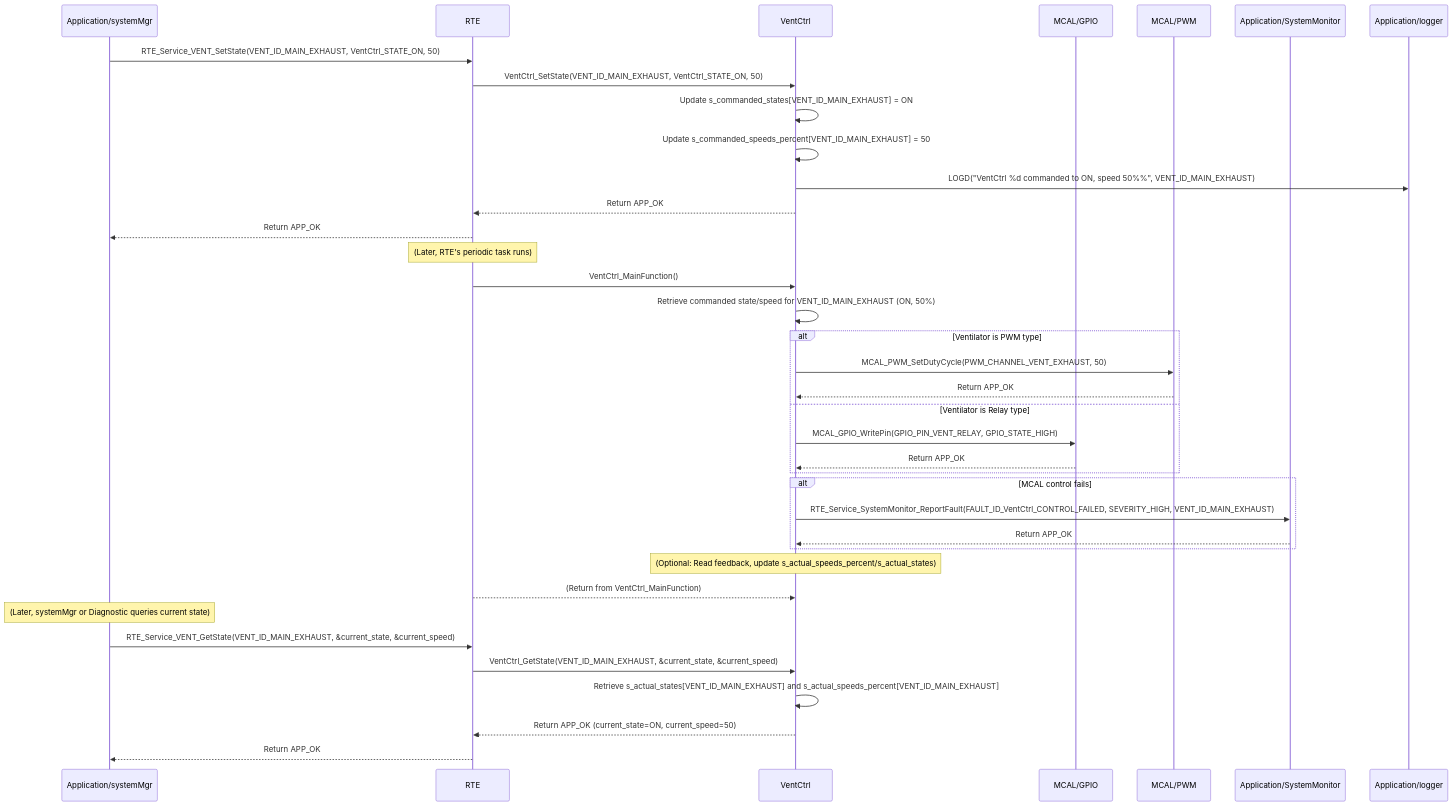
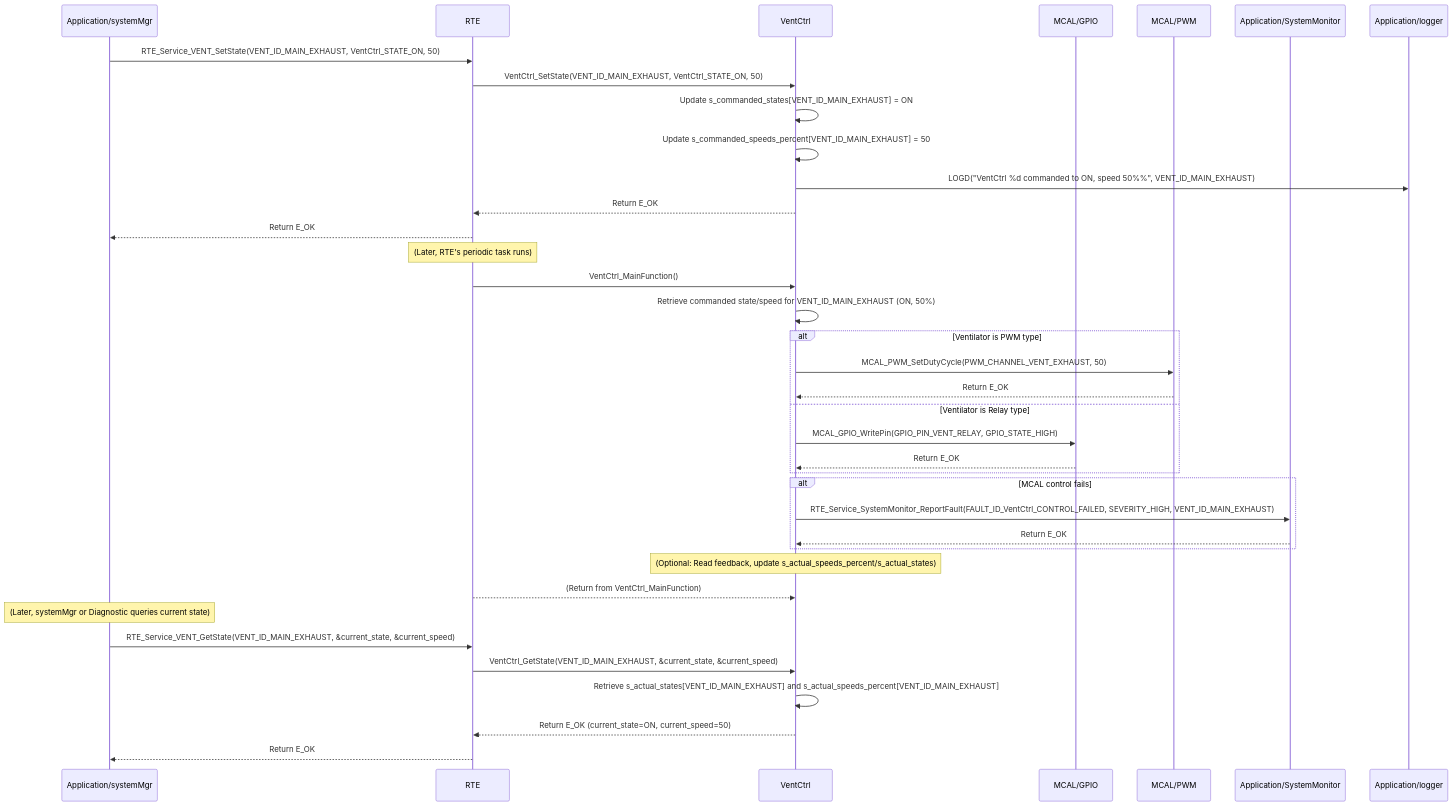
Before and after one commit to ashaker-2/Platform: the diagram in Requiremets/Design/Application/VentilatorControl.md, drawn with Mermaid. The commit also changed other lines of this file and 716 other files, not shown here.

````diff
--- a/Requiremets/Design/Application/VentilatorControl.md
+++ b/Requiremets/Design/Application/VentilatorControl.md
@@ -205,42 +205,42 @@
 ```mermaid
 sequenceDiagram  
     participant SystemMgr as Application/systemMgr  
     participant RTE as RTE  
     participant VentCtrl as VentCtrl  
     participant MCAL_GPIO as MCAL/GPIO  
     participant MCAL_PWM as MCAL/PWM  
     participant SystemMonitor as Application/SystemMonitor  
     participant Logger as Application/logger
 
     SystemMgr->>RTE: RTE_Service_VENT_SetState(VENT_ID_MAIN_EXHAUST, VentCtrl_STATE_ON, 50)  
     RTE->>VentCtrl: VentCtrl_SetState(VENT_ID_MAIN_EXHAUST, VentCtrl_STATE_ON, 50)  
     VentCtrl->>VentCtrl: Update s_commanded_states[VENT_ID_MAIN_EXHAUST] = ON  
     VentCtrl->>VentCtrl: Update s_commanded_speeds_percent[VENT_ID_MAIN_EXHAUST] = 50  
     VentCtrl->>Logger: LOGD("VentCtrl %d commanded to ON, speed 50%%", VENT_ID_MAIN_EXHAUST)  
-    VentCtrl-->>RTE: Return APP_OK  
-    RTE-->>SystemMgr: Return APP_OK
+    VentCtrl-->>RTE: Return E_OK  
+    RTE-->>SystemMgr: Return E_OK
 
     Note over RTE: (Later, RTE's periodic task runs)  
     RTE->>VentCtrl: VentCtrl_MainFunction()  
     VentCtrl->>VentCtrl: Retrieve commanded state/speed for VENT_ID_MAIN_EXHAUST (ON, 50%)  
     alt Ventilator is PWM type  
         VentCtrl->>MCAL_PWM: MCAL_PWM_SetDutyCycle(PWM_CHANNEL_VENT_EXHAUST, 50)  
-        MCAL_PWM-->>VentCtrl: Return APP_OK  
+        MCAL_PWM-->>VentCtrl: Return E_OK  
     else Ventilator is Relay type  
         VentCtrl->>MCAL_GPIO: MCAL_GPIO_WritePin(GPIO_PIN_VENT_RELAY, GPIO_STATE_HIGH)  
-        MCAL_GPIO-->>VentCtrl: Return APP_OK  
+        MCAL_GPIO-->>VentCtrl: Return E_OK  
     end  
     alt MCAL control fails  
         VentCtrl->>SystemMonitor: RTE_Service_SystemMonitor_ReportFault(FAULT_ID_VentCtrl_CONTROL_FAILED, SEVERITY_HIGH, VENT_ID_MAIN_EXHAUST)  
-        SystemMonitor-->>VentCtrl: Return APP_OK  
+        SystemMonitor-->>VentCtrl: Return E_OK  
     end  
     Note over VentCtrl: (Optional: Read feedback, update s_actual_speeds_percent/s_actual_states)  
     RTE-->>VentCtrl: (Return from VentCtrl_MainFunction)
 
     Note over SystemMgr: (Later, systemMgr or Diagnostic queries current state)  
     SystemMgr->>RTE: RTE_Service_VENT_GetState(VENT_ID_MAIN_EXHAUST, &current_state, &current_speed)  
     RTE->>VentCtrl: VentCtrl_GetState(VENT_ID_MAIN_EXHAUST, &current_state, &current_speed)  
     VentCtrl->>VentCtrl: Retrieve s_actual_states[VENT_ID_MAIN_EXHAUST] and s_actual_speeds_percent[VENT_ID_MAIN_EXHAUST]  
-    VentCtrl-->>RTE: Return APP_OK (current_state=ON, current_speed=50)  
-    RTE-->>SystemMgr: Return APP_OK
+    VentCtrl-->>RTE: Return E_OK (current_state=ON, current_speed=50)  
+    RTE-->>SystemMgr: Return E_OK
 ```
````
